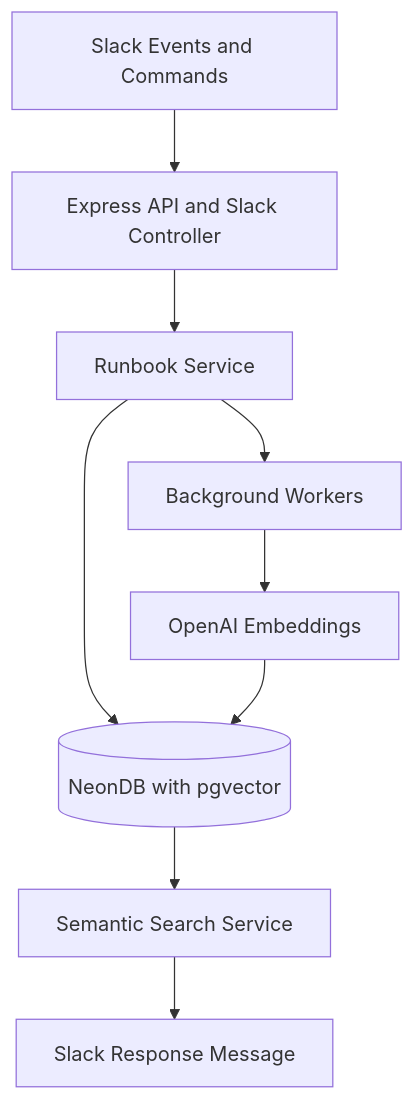
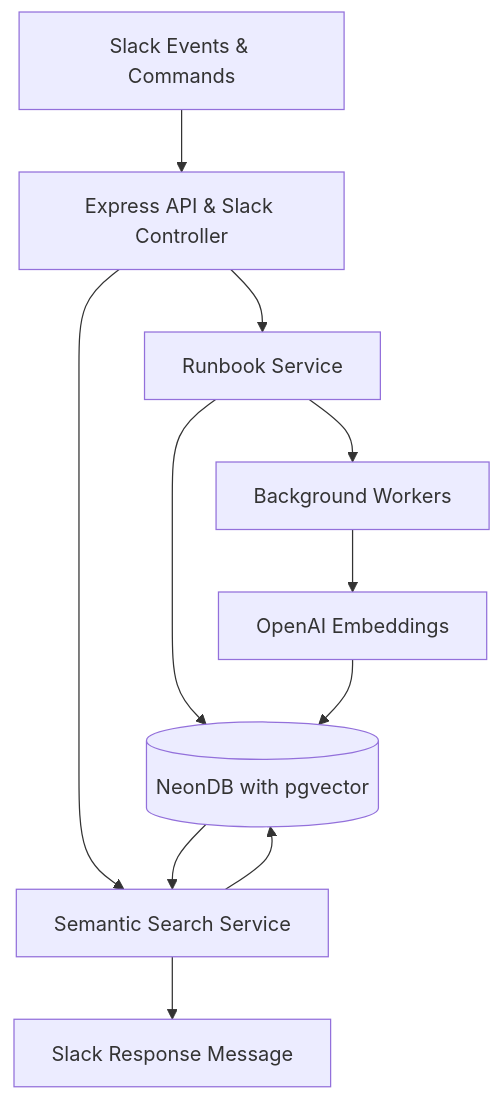
Before and after one commit to merickarpat/meric.karpat: the second of 2 diagrams in README.md, drawn with Mermaid. The commit also changed other lines of this file, not shown here.

````diff
--- a/README.md
+++ b/README.md
@@ -114,11 +121,17 @@
 ```mermaid
 flowchart TB
-  A[Slack Events and Commands] --> B[Express API and Slack Controller]
-  B --> C[Runbook Service]
-  C --> D[(NeonDB with pgvector)]
-  C --> G[Background Workers]
-  G --> H[OpenAI Embeddings]
-  H --> D
-  D --> E[Semantic Search Service]
-  E --> F[Slack Response Message]
+  slack[Slack Events & Commands] --> api[Express API & Slack Controller]
+  api --> runbook[Runbook Service]
+
+  %% indexing path
+  runbook --> db[(NeonDB with pgvector)]
+  runbook --> workers[Background Workers]
+  workers --> embed[OpenAI Embeddings]
+  embed --> db
+
+  %% query path
+  api --> search[Semantic Search Service]
+  search --> db
+  db --> search
+  search --> response[Slack Response Message]
 ```
````
